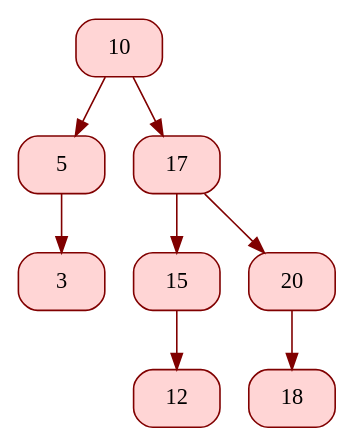
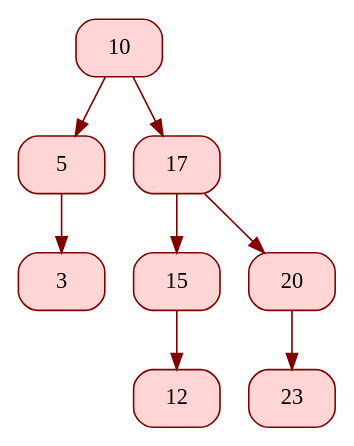
The diagram in TreePicture.dot (KuchinaMA/Trees), drawn with Graphviz before and after one commit. The commit also changed 6 other files, not shown here.

```diff
--- a/TreePicture.dot
+++ b/TreePicture.dot
@@ -1,19 +1,19 @@
 digraph {
   rankdir = HR;
   node [shape = Mrecord, color = "#800000", style = filled, fillcolor = "#FFD5D5"];
-  node_000001ed2aa314c0[label = " 10 "]; 
-  node_000001ed2aa314a0[label = " 5 "]; 
-  node_000001ed2aa36bf0[label = " 3 "]; 
-  node_000001ed2aa31480[label = " 17 "]; 
-  node_000001ed2aa31440[label = " 15 "]; 
-  node_000001ed2aa36bb0[label = " 12 "]; 
-  node_000001ed2aa31460[label = " 20 "]; 
-  node_000001ed2aa36bd0[label = " 18 "]; 
-  node_000001ed2aa314c0 -> node_000001ed2aa314a0 [weight = 1, color = "#800000"];
-  node_000001ed2aa314a0 -> node_000001ed2aa36bf0 [weight = 1, color = "#800000"];
-  node_000001ed2aa314c0 -> node_000001ed2aa31480 [weight = 1, color = "#800000"];
-  node_000001ed2aa31480 -> node_000001ed2aa31440 [weight = 1, color = "#800000"];
-  node_000001ed2aa31440 -> node_000001ed2aa36bb0 [weight = 1, color = "#800000"];
-  node_000001ed2aa31480 -> node_000001ed2aa31460 [weight = 1, color = "#800000"];
-  node_000001ed2aa31460 -> node_000001ed2aa36bd0 [weight = 1, color = "#800000"];
+  node_000001b04bf26bb0[label = " 10 "]; 
+  node_000001b04bf26bd0[label = " 5 "]; 
+  node_000001b04bf26bf0[label = " 3 "]; 
+  node_000001b04bf26c10[label = " 17 "]; 
+  node_000001b04bf26c30[label = " 15 "]; 
+  node_000001b04bf26c50[label = " 12 "]; 
+  node_000001b04bf26c70[label = " 20 "]; 
+  node_000001b04bf26c90[label = " 23 "]; 
+  node_000001b04bf26bb0 -> node_000001b04bf26bd0 [weight = 1, color = "#800000"];
+  node_000001b04bf26bd0 -> node_000001b04bf26bf0 [weight = 1, color = "#800000"];
+  node_000001b04bf26bb0 -> node_000001b04bf26c10 [weight = 1, color = "#800000"];
+  node_000001b04bf26c10 -> node_000001b04bf26c30 [weight = 1, color = "#800000"];
+  node_000001b04bf26c30 -> node_000001b04bf26c50 [weight = 1, color = "#800000"];
+  node_000001b04bf26c10 -> node_000001b04bf26c70 [weight = 1, color = "#800000"];
+  node_000001b04bf26c70 -> node_000001b04bf26c90 [weight = 1, color = "#800000"];
 }
```
